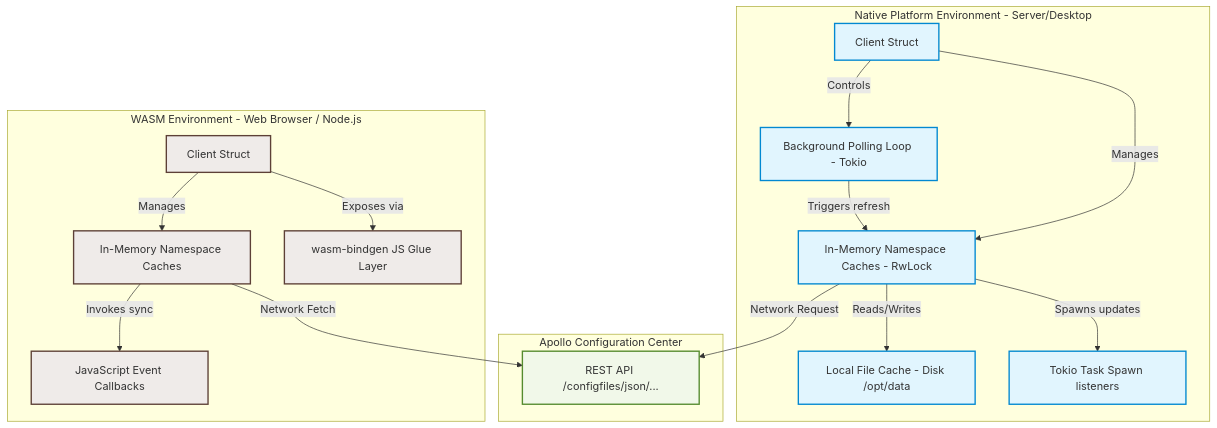
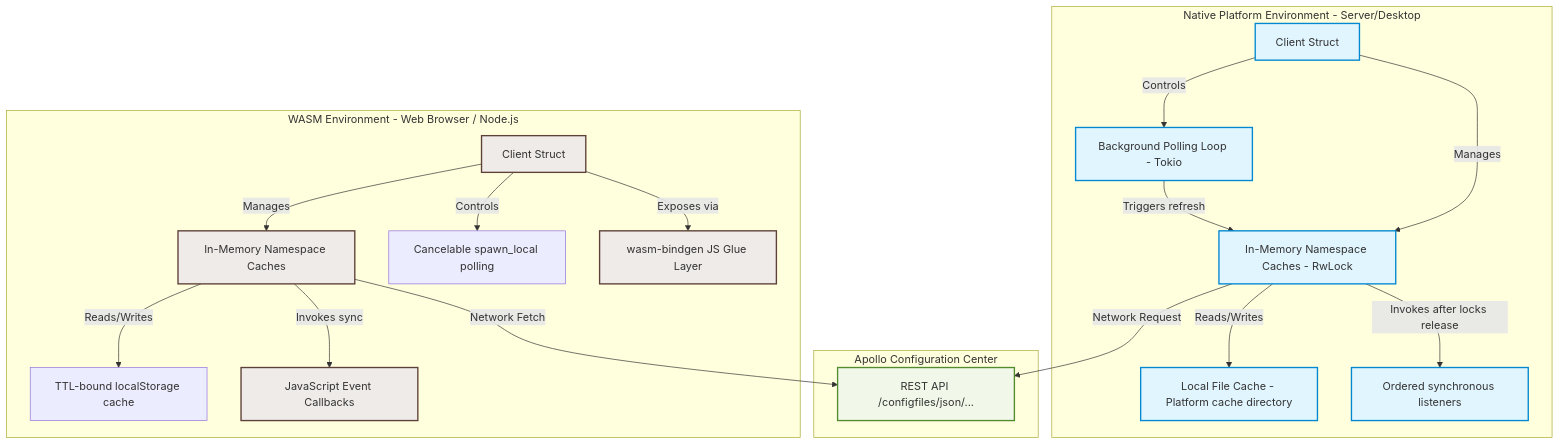
Before and after one commit to qqiao/apollo-rust-client: the diagram in specs/architectural_design.md, drawn with Mermaid. The commit also changed other lines of this file and 55 other files, not shown here.

First line of the commit message:
Architecture improvements (#112)

````diff
--- a/specs/architectural_design.md
+++ b/specs/architectural_design.md
@@ -11,42 +11,46 @@
 ```mermaid
 graph TD
     %% Define Nodes
     subgraph ApolloServer [Apollo Configuration Center]
         ServerPort[REST API /configfiles/json/...]
     end
 
     subgraph NativeEnv [Native Platform Environment - Server/Desktop]
         ClientNative[Client Struct]
         BgWorker[Background Polling Loop - Tokio]
-        FileCache[Local File Cache - Disk /opt/data]
+        FileCache[Local File Cache - Platform cache directory]
         MemCacheNative[In-Memory Namespace Caches - RwLock]
-        ListenerTasks[Tokio Task Spawn listeners]
+        ListenerTasks[Ordered synchronous listeners]
 
         ClientNative -->|Manages| MemCacheNative
         ClientNative -->|Controls| BgWorker
         BgWorker -->|Triggers refresh| MemCacheNative
         MemCacheNative -->|Reads/Writes| FileCache
         MemCacheNative -->|Network Request| ServerPort
-        MemCacheNative -->|Spawns updates| ListenerTasks
+        MemCacheNative -->|Invokes after locks release| ListenerTasks
     end
 
     subgraph WasmEnv [WASM Environment - Web Browser / Node.js]
         ClientWasm[Client Struct]
         MemCacheWasm[In-Memory Namespace Caches]
+        LocalStorage[TTL-bound localStorage cache]
+        BgWorkerWasm[Cancelable spawn_local polling]
         JsInterop[wasm-bindgen JS Glue Layer]
         JsCallbacks[JavaScript Event Callbacks]
 
         ClientWasm -->|Manages| MemCacheWasm
+        ClientWasm -->|Controls| BgWorkerWasm
+        MemCacheWasm -->|Reads/Writes| LocalStorage
         ClientWasm -->|Exposes via| JsInterop
         MemCacheWasm -->|Network Fetch| ServerPort
         MemCacheWasm -->|Invokes sync| JsCallbacks
     end
 
     %% Styles
     classDef native fill:#e1f5fe,stroke:#0288d1,stroke-width:2px;
     classDef wasm fill:#efebe9,stroke:#5d4037,stroke-width:2px;
     classDef server fill:#f1f8e9,stroke:#558b2f,stroke-width:2px;
     class ClientNative,BgWorker,FileCache,MemCacheNative,ListenerTasks native;
     class ClientWasm,MemCacheWasm,JsInterop,JsCallbacks wasm;
     class ServerPort server;
 ```
````
